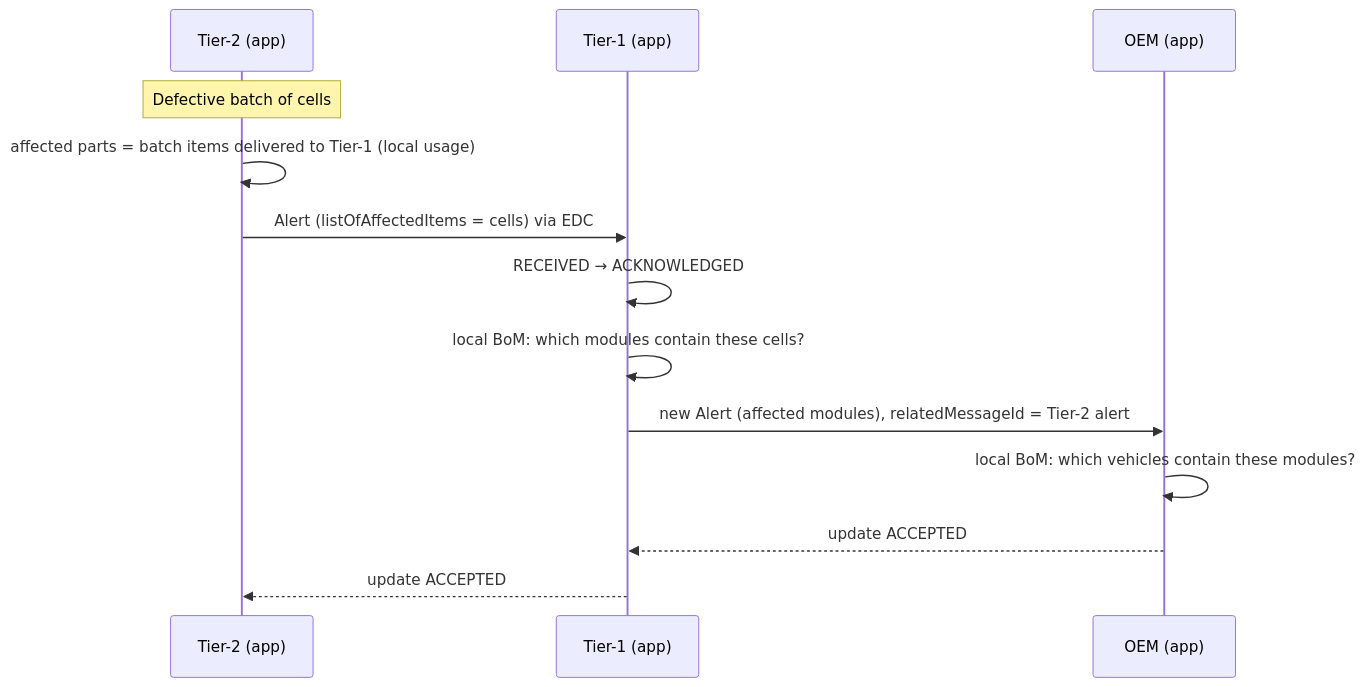
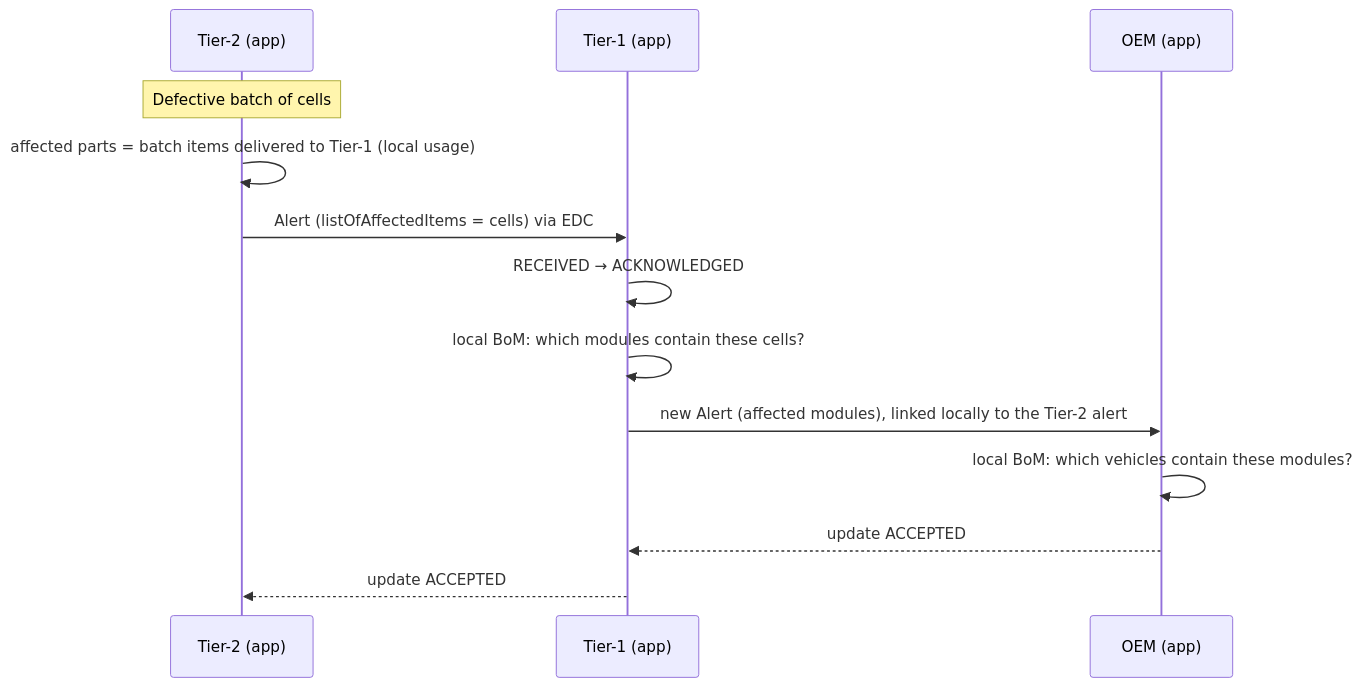
One commit to pedrobtmartins/catena-x-simplified changed the third of 3 diagrams in docs/architecture.md. Above: the diagram before and after it, drawn with Mermaid. The commit also changed other lines of this file and 23 other files, not shown here.

````diff
--- a/docs/architecture.md
+++ b/docs/architecture.md
@@ -204,15 +207,15 @@
 ```mermaid
 sequenceDiagram
     participant T2 as Tier-2 (app)
     participant T1 as Tier-1 (app)
     participant OEM as OEM (app)
     Note over T2: Defective batch of cells
     T2->>T2: affected parts = batch items delivered to Tier-1 (local usage)
     T2->>T1: Alert (listOfAffectedItems = cells) via EDC
     T1->>T1: RECEIVED → ACKNOWLEDGED
     T1->>T1: local BoM: which modules contain these cells?
-    T1->>OEM: new Alert (affected modules), relatedMessageId = Tier-2 alert
+    T1->>OEM: new Alert (affected modules), linked locally to the Tier-2 alert
     OEM->>OEM: local BoM: which vehicles contain these modules?
     OEM-->>T1: update ACCEPTED
     T1-->>T2: update ACCEPTED
 ```
````
